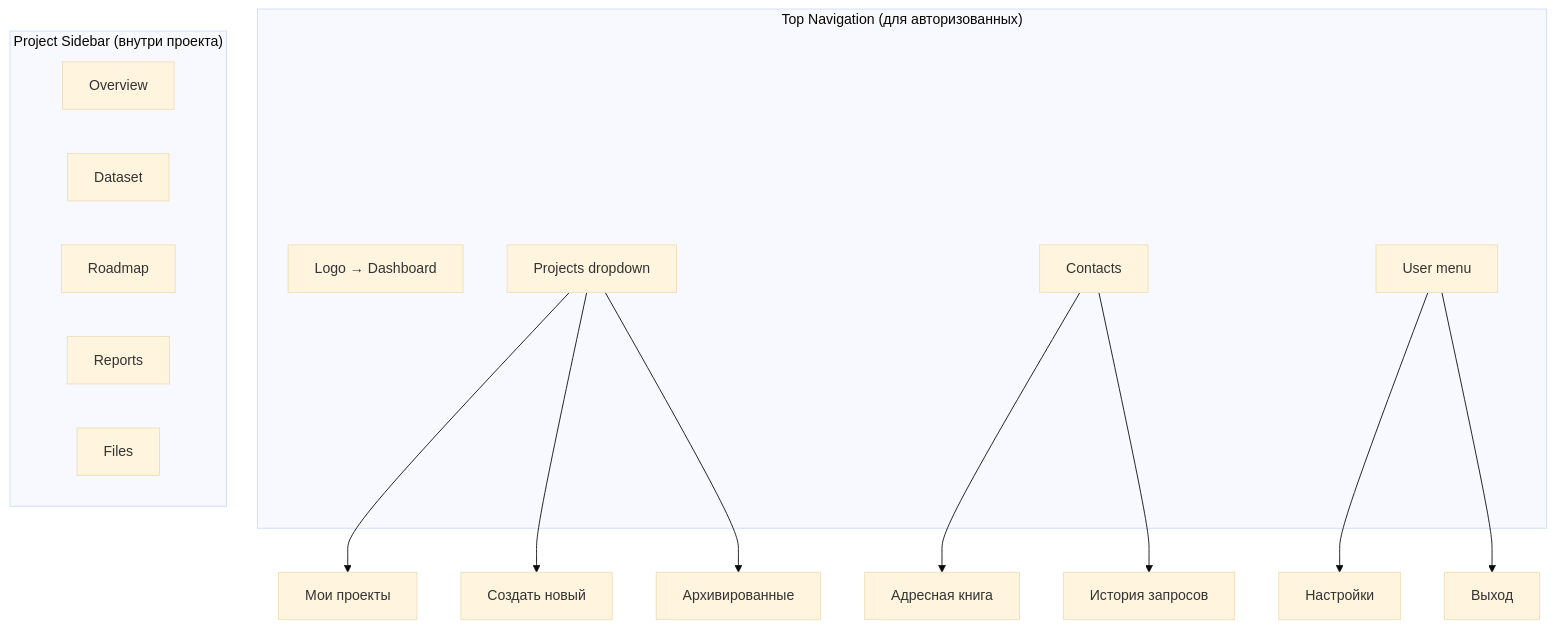
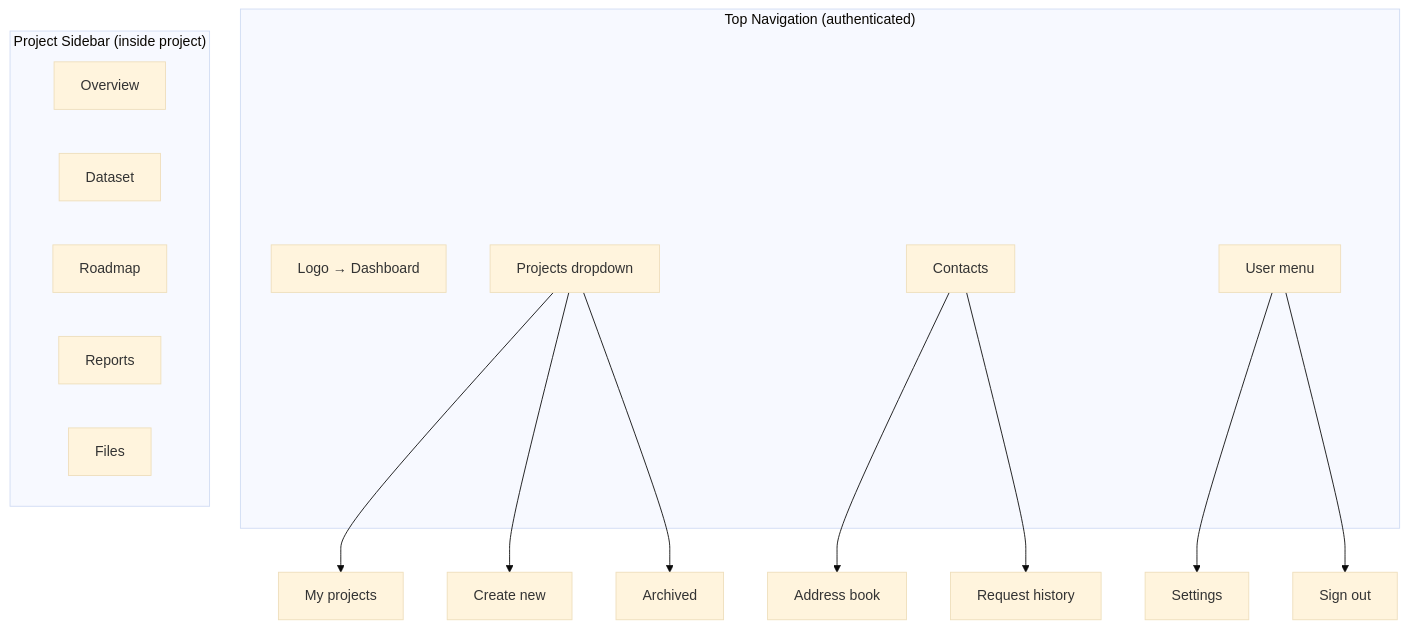
The fourth of 4 diagrams in docs/USER_FLOW.md (condr-at/carbonreport), drawn with Mermaid (base theme) before and after one commit. The commit also changed other lines of this file, not shown here.

````diff
--- a/docs/USER_FLOW.md
+++ b/docs/USER_FLOW.md
@@ -243,27 +243,27 @@
 ```mermaid
 graph TD
-    subgraph "Top Navigation (для авторизованных)"
+    subgraph "Top Navigation (authenticated)"
         Nav1[Logo → Dashboard]
         Nav2[Projects dropdown]
         Nav3[Contacts]
         Nav4[User menu]
     end
-    
-    Nav2 --> Nav2a[Мои проекты]
-    Nav2 --> Nav2b[Создать новый]
-    Nav2 --> Nav2c[Архивированные]
-    
-    Nav3 --> Nav3a[Адресная книга]
-    Nav3 --> Nav3b[История запросов]
-    
-    Nav4 --> Nav4a[Настройки]
-    Nav4 --> Nav4b[Выход]
-    
-    subgraph "Project Sidebar (внутри проекта)"
+
+    Nav2 --> Nav2a[My projects]
+    Nav2 --> Nav2b[Create new]
+    Nav2 --> Nav2c[Archived]
+
+    Nav3 --> Nav3a[Address book]
+    Nav3 --> Nav3b[Request history]
+
+    Nav4 --> Nav4a[Settings]
+    Nav4 --> Nav4b[Sign out]
+
+    subgraph "Project Sidebar (inside project)"
         Side1[Overview]
         Side2[Dataset]
         Side3[Roadmap]
         Side4[Reports]
         Side5[Files]
     end
 ```
````
